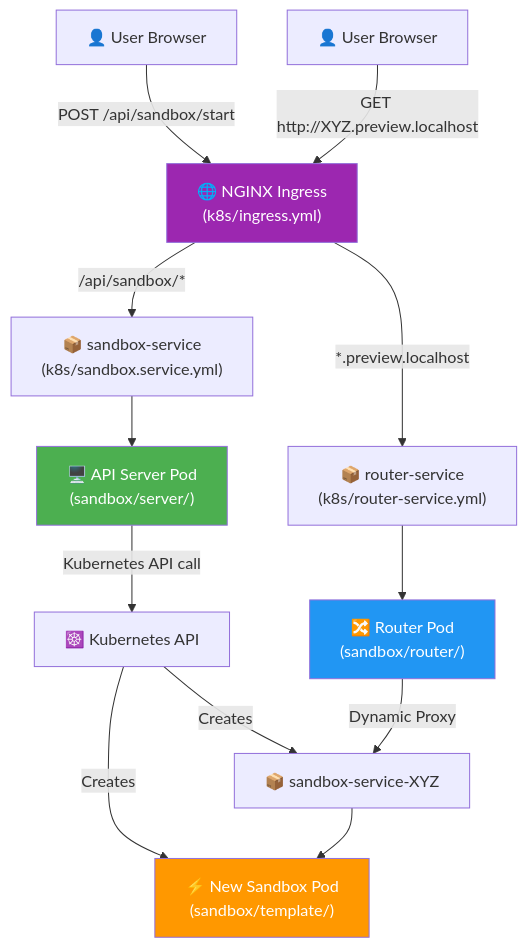
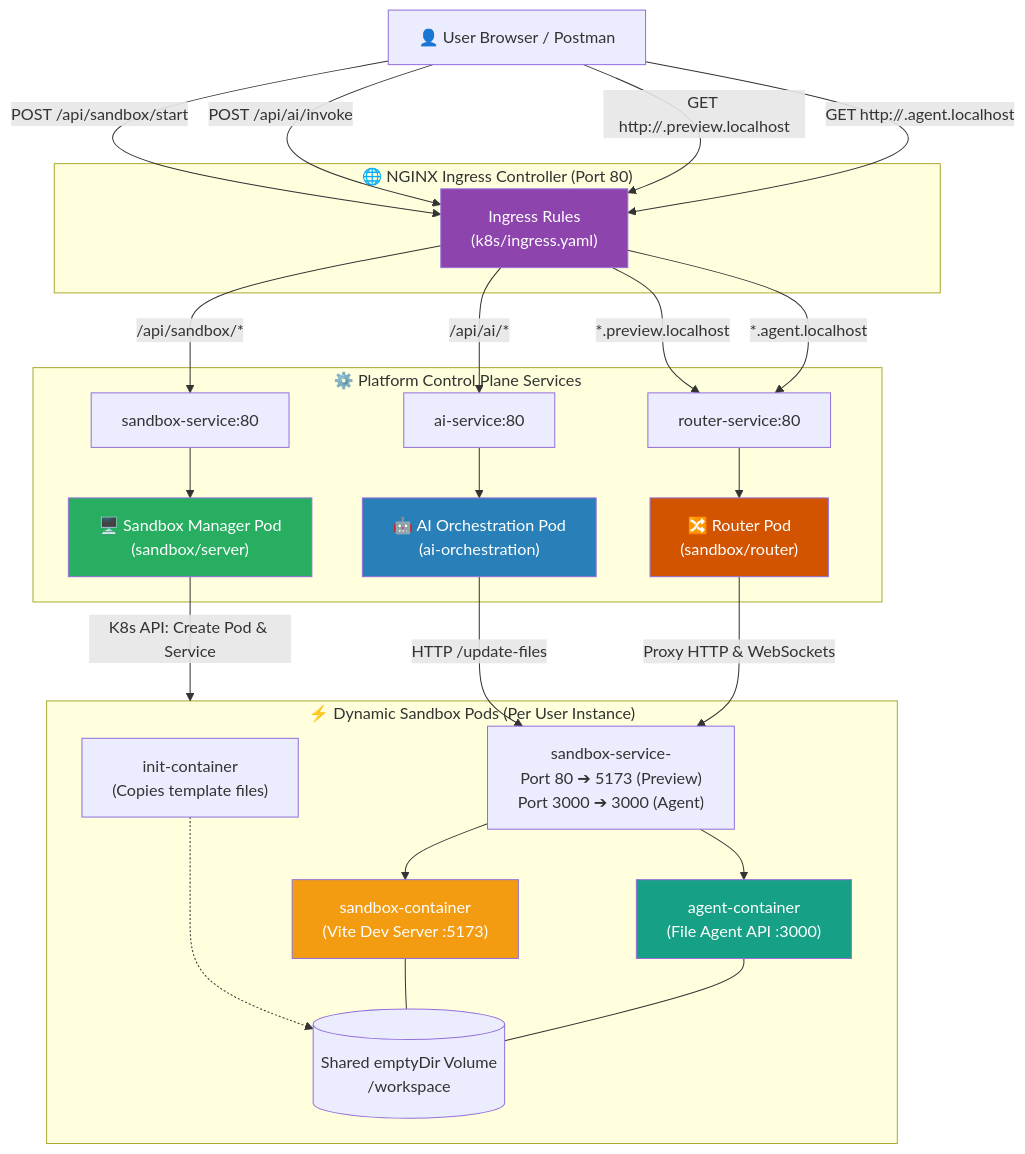
Before and after one commit to YashNagvePatil/SandboxEnviroment: the diagram in README.md, drawn with Mermaid. The commit also changed other lines of this file and 20 other files, not shown here.

````diff
--- a/README.md
+++ b/README.md
@@ -86,22 +96,45 @@
 ```mermaid
 flowchart TD
-    User["👤 User Browser"] -->|"POST /api/sandbox/start"| Ingress["🌐 NGINX Ingress<br/>(k8s/ingress.yml)"]
-    
-    Ingress -->|"/api/sandbox/*"| SandboxSvc["📦 sandbox-service<br/>(k8s/sandbox.service.yml)"]
-    SandboxSvc --> ServerPod["🖥️ API Server Pod<br/>(sandbox/server/)"]
-    
-    ServerPod -->|"Kubernetes API call"| K8sAPI["☸️ Kubernetes API"]
-    K8sAPI -->|"Creates"| NewPod["⚡ New Sandbox Pod<br/>(sandbox/template/)"]
-    K8sAPI -->|"Creates"| NewSvc["📦 sandbox-service-XYZ"]
-    NewSvc --> NewPod
-    
-    User2["👤 User Browser"] -->|"GET http://XYZ.preview.localhost"| Ingress
-    Ingress -->|"*.preview.localhost"| RouterSvc["📦 router-service<br/>(k8s/router-service.yml)"]
-    RouterSvc --> RouterPod["🔀 Router Pod<br/>(sandbox/router/)"]
-    RouterPod -->|"Dynamic Proxy"| NewSvc
-    
-    style ServerPod fill:#4CAF50,color:#fff
-    style RouterPod fill:#2196F3,color:#fff
-    style NewPod fill:#FF9800,color:#fff
-    style Ingress fill:#9C27B0,color:#fff
+    Client["👤 User Browser / Postman"]
+
+    subgraph IngressLayer["🌐 NGINX Ingress Controller (Port 80)"]
+        Ingress["Ingress Rules<br/>(k8s/ingress.yaml)"]
+    end
+
+    subgraph CoreServices["⚙️ Platform Control Plane Services"]
+        SandboxSvc["sandbox-service:80"] --> SandboxPod["🖥️ Sandbox Manager Pod<br/>(sandbox/server)"]
+        AISvc["ai-service:80"] --> AIPod["🤖 AI Orchestration Pod<br/>(ai-orchestration)"]
+        RouterSvc["router-service:80"] --> RouterPod["🔀 Router Pod<br/>(sandbox/router)"]
+    end
+
+    subgraph DynamicSandboxes["⚡ Dynamic Sandbox Pods (Per User Instance)"]
+        Init["init-container<br/>(Copies template files)"] -.-> Volume[("Shared emptyDir Volume<br/>/workspace")]
+        ViteCont["sandbox-container<br/>(Vite Dev Server :5173)"] --- Volume
+        AgentCont["agent-container<br/>(File Agent API :3000)"] --- Volume
+        
+        SandboxK8sSvc["sandbox-service-<id><br/>Port 80 ➔ 5173 (Preview)<br/>Port 3000 ➔ 3000 (Agent)"]
+        SandboxK8sSvc --> ViteCont
+        SandboxK8sSvc --> AgentCont
+    end
+
+    Client -->|"POST /api/sandbox/start"| Ingress
+    Client -->|"POST /api/ai/invoke"| Ingress
+    Client -->|"GET http://<id>.preview.localhost"| Ingress
+    Client -->|"GET http://<id>.agent.localhost"| Ingress
+
+    Ingress -->|"/api/sandbox/*"| SandboxSvc
+    Ingress -->|"/api/ai/*"| AISvc
+    Ingress -->|"*.preview.localhost"| RouterSvc
+    Ingress -->|"*.agent.localhost"| RouterSvc
+
+    SandboxPod -->|"K8s API: Create Pod & Service"| DynamicSandboxes
+    AIPod -->|"HTTP /update-files"| SandboxK8sSvc
+    RouterPod -->|"Proxy HTTP & WebSockets"| SandboxK8sSvc
+
+    style Ingress fill:#8e44ad,color:#fff
+    style SandboxPod fill:#27ae60,color:#fff
+    style AIPod fill:#2980b9,color:#fff
+    style RouterPod fill:#d35400,color:#fff
+    style ViteCont fill:#f39c12,color:#fff
+    style AgentCont fill:#16a085,color:#fff
 ```
````
